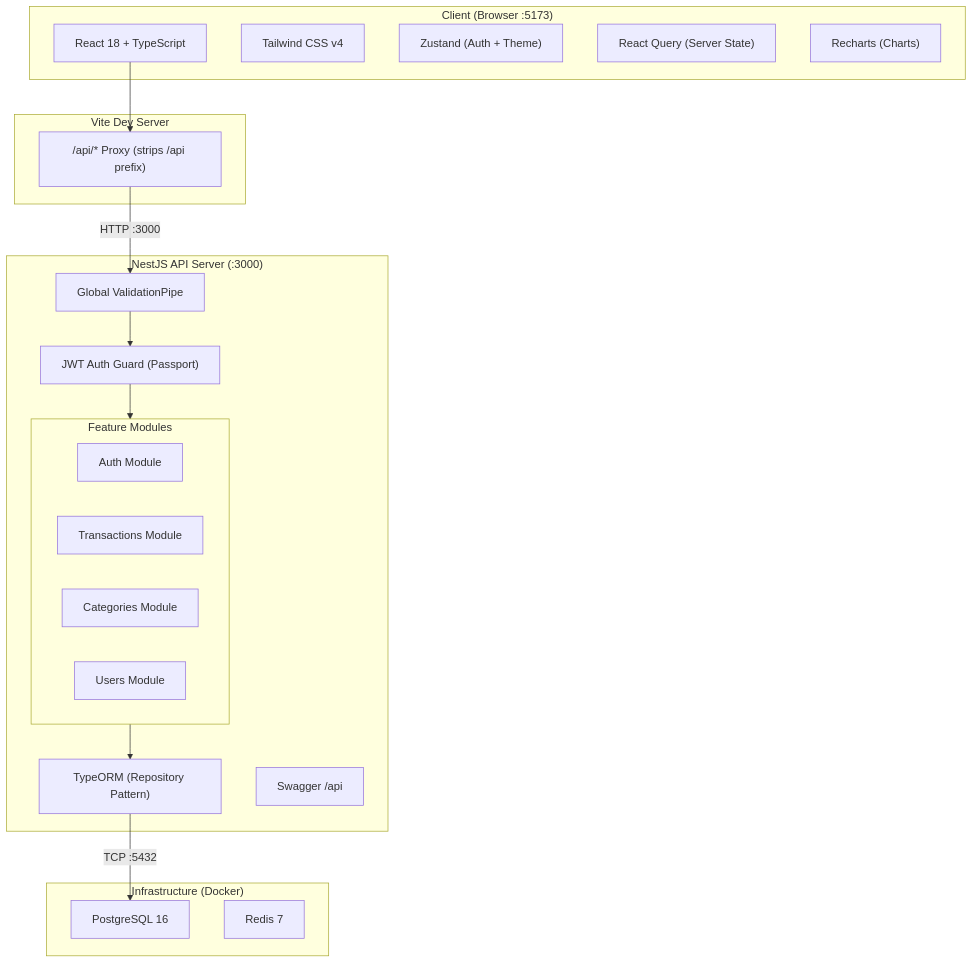
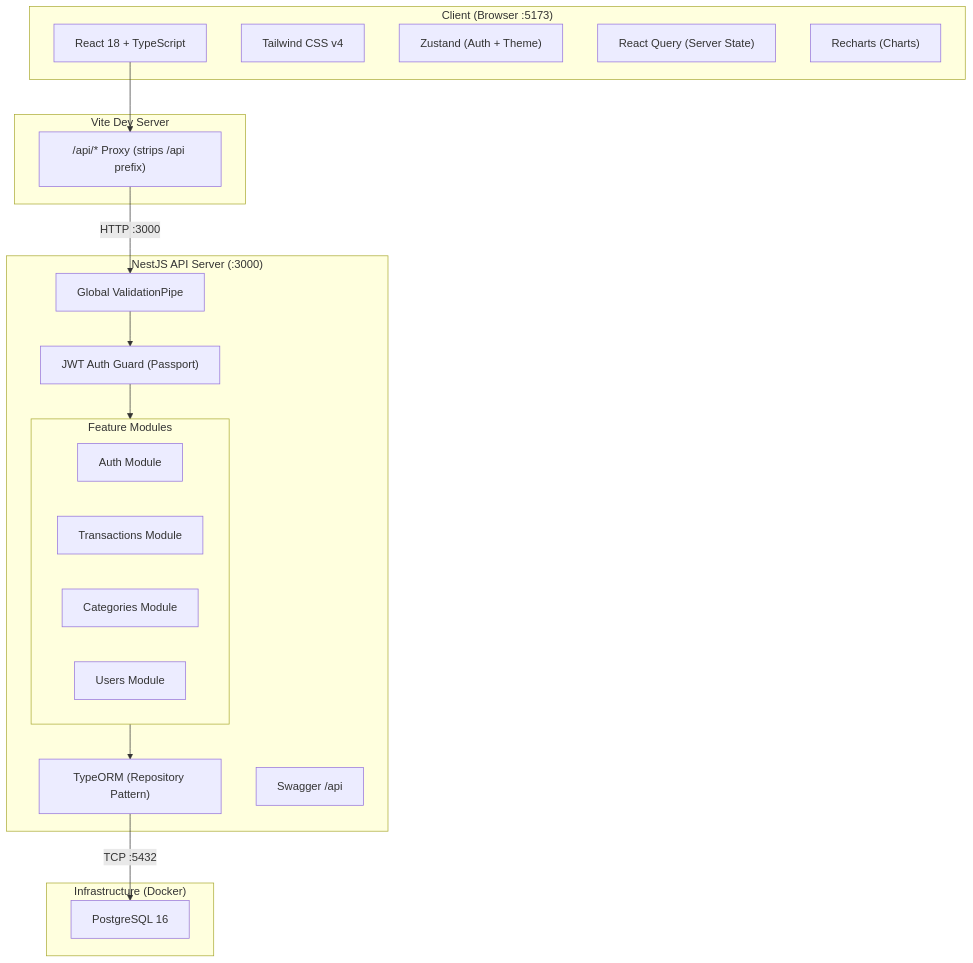
The first of 7 diagrams in README.md (SagarKarmoker/SpendWise-expense-tracker), drawn with Mermaid before and after one commit. The commit also changed other lines of this file and 3 other files, not shown here.

````diff
--- a/README.md
+++ b/README.md
@@ -24,39 +24,38 @@
 ```mermaid
 graph TB
     subgraph client ["Client (Browser :5173)"]
         React["React 18 + TypeScript"]
         TailwindCSS["Tailwind CSS v4"]
         Zustand["Zustand (Auth + Theme)"]
         ReactQuery["React Query (Server State)"]
         Recharts["Recharts (Charts)"]
     end
 
     subgraph proxy ["Vite Dev Server"]
         ViteProxy["/api/* Proxy (strips /api prefix)"]
     end
 
     subgraph api ["NestJS API Server (:3000)"]
         subgraph modules ["Feature Modules"]
             AuthModule["Auth Module"]
             TransModule["Transactions Module"]
             CatModule["Categories Module"]
             UserModule["Users Module"]
         end
         JwtGuard["JWT Auth Guard (Passport)"]
         ValidationPipe["Global ValidationPipe"]
         TypeORM["TypeORM (Repository Pattern)"]
         Swagger["Swagger /api"]
     end
 
     subgraph infra ["Infrastructure (Docker)"]
         PostgreSQL["PostgreSQL 16"]
-        Redis["Redis 7"]
     end
 
     React --> ViteProxy
     ViteProxy -->|"HTTP :3000"| ValidationPipe
     ValidationPipe --> JwtGuard
     JwtGuard --> modules
     modules --> TypeORM
     TypeORM -->|"TCP :5432"| PostgreSQL
 ```
````
